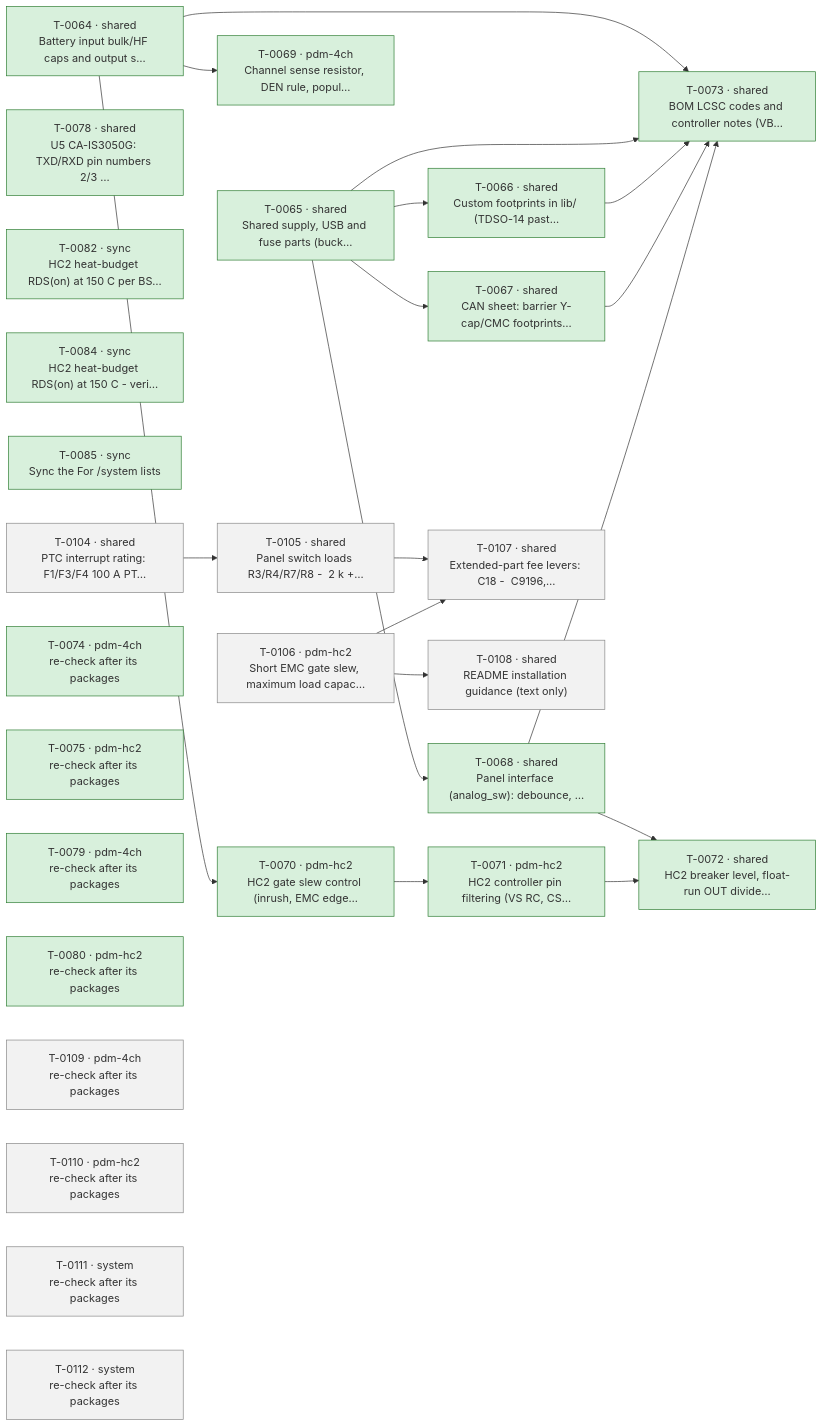
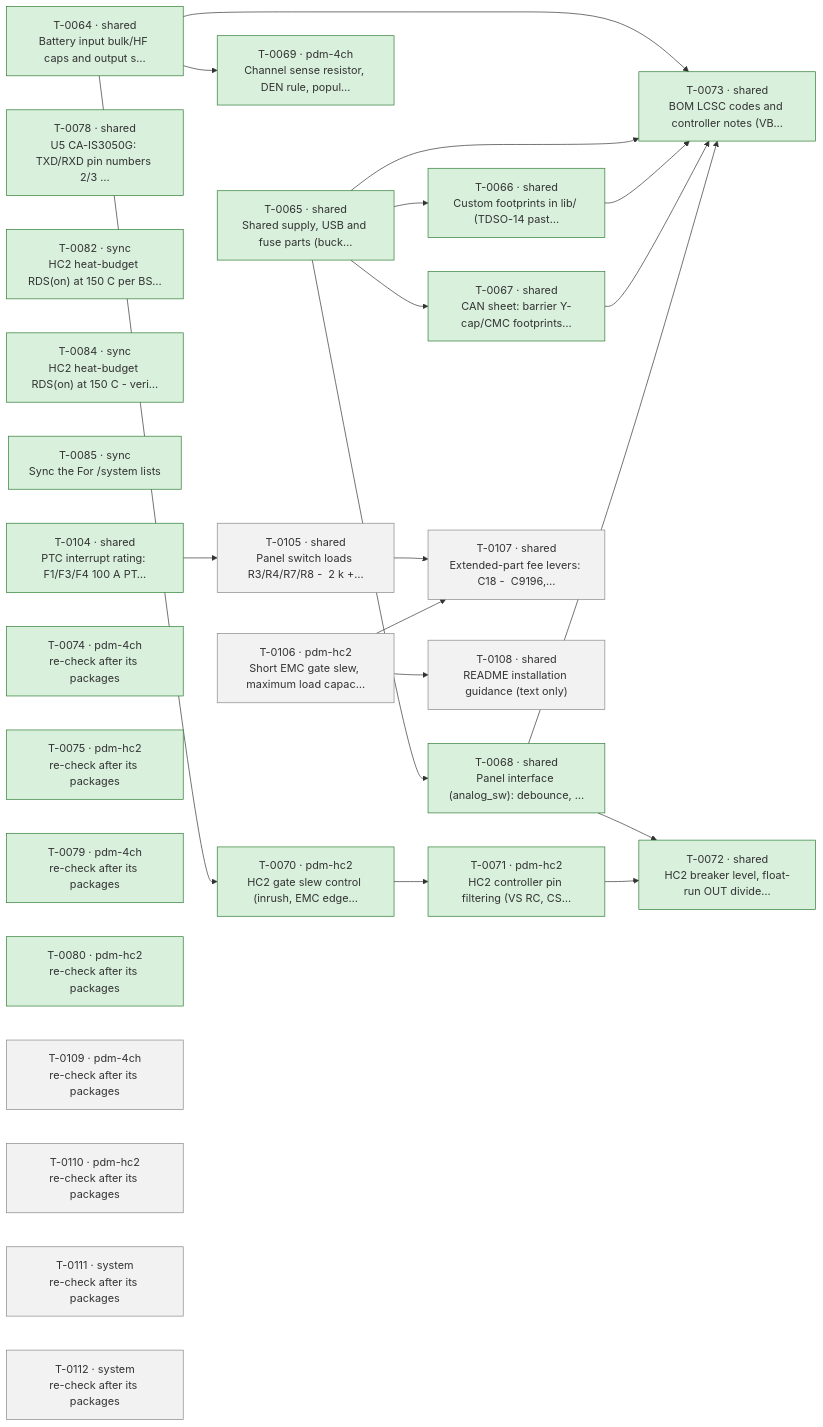
One commit to plektra/ESP32-PDM changed the diagram in docs/ROADMAP.md. Above: the diagram before and after it, drawn with Mermaid. The commit also changed other lines of this file and 2 other files, not shown here.

First line of the commit message:
Auto: board-fixer shared (T-0104): 0 fixed, 1 blocked, merged 8981e0b5; no part changes

````diff
--- a/docs/ROADMAP.md
+++ b/docs/ROADMAP.md
@@ -18,51 +18,51 @@
 ```mermaid
 flowchart LR
   T0064["T-0064 · shared<br/>Battery input bulk/HF caps and output s…"]:::done
   T0065["T-0065 · shared<br/>Shared supply, USB and fuse parts (buck…"]:::done
   T0066["T-0066 · shared<br/>Custom footprints in lib/ (TDSO-14 past…"]:::done
   T0067["T-0067 · shared<br/>CAN sheet: barrier Y-cap/CMC footprints…"]:::done
   T0068["T-0068 · shared<br/>Panel interface (analog_sw): debounce, …"]:::done
   T0069["T-0069 · pdm-4ch<br/>Channel sense resistor, DEN rule, popul…"]:::done
   T0070["T-0070 · pdm-hc2<br/>HC2 gate slew control (inrush, EMC edge…"]:::done
   T0071["T-0071 · pdm-hc2<br/>HC2 controller pin filtering (VS RC, CS…"]:::done
   T0072["T-0072 · shared<br/>HC2 breaker level, float-run OUT divide…"]:::done
   T0073["T-0073 · shared<br/>BOM LCSC codes and controller notes (VB…"]:::done
   T0078["T-0078 · shared<br/>U5 CA-IS3050G: TXD/RXD pin numbers 2/3 …"]:::done
   T0082["T-0082 · sync<br/>HC2 heat-budget RDS(on) at 150 C per BS…"]:::done
   T0084["T-0084 · sync<br/>HC2 heat-budget RDS(on) at 150 C - veri…"]:::done
   T0085["T-0085 · sync<br/>Sync the  For /system  lists"]:::done
-  T0104["T-0104 · shared<br/>PTC interrupt rating: F1/F3/F4 100 A PT…"]:::ready
+  T0104["T-0104 · shared<br/>PTC interrupt rating: F1/F3/F4 100 A PT…"]:::done
   T0105["T-0105 · shared<br/>Panel switch loads R3/R4/R7/R8 -  2 k +…"]:::ready
   T0106["T-0106 · pdm-hc2<br/>Short EMC gate slew, maximum load capac…"]:::ready
   T0107["T-0107 · shared<br/>Extended-part fee levers: C18 -  C9196,…"]:::ready
   T0108["T-0108 · shared<br/>README installation guidance (text only)"]:::ready
   T0074["T-0074 · pdm-4ch<br/>re-check after its packages"]:::done
   T0075["T-0075 · pdm-hc2<br/>re-check after its packages"]:::done
   T0079["T-0079 · pdm-4ch<br/>re-check after its packages"]:::done
   T0080["T-0080 · pdm-hc2<br/>re-check after its packages"]:::done
   T0109["T-0109 · pdm-4ch<br/>re-check after its packages"]:::ready
   T0110["T-0110 · pdm-hc2<br/>re-check after its packages"]:::ready
   T0111["T-0111 · system<br/>re-check after its packages"]:::ready
   T0112["T-0112 · system<br/>re-check after its packages"]:::ready
   T0065 --> T0066
   T0065 --> T0067
   T0065 --> T0068
   T0064 --> T0069
   T0064 --> T0070
   T0070 --> T0071
   T0068 --> T0072
   T0071 --> T0072
   T0064 --> T0073
   T0065 --> T0073
   T0066 --> T0073
   T0067 --> T0073
   T0068 --> T0073
   T0104 --> T0105
   T0105 --> T0107
   T0106 --> T0107
   T0106 --> T0108
   classDef done fill:#d8f0dc,stroke:#2e7d32
   classDef running fill:#d6e6ff,stroke:#1f5fbf
   classDef ready fill:#f2f2f2,stroke:#888
   classDef failed fill:#f9d9d9,stroke:#b3261e
 ```
````
